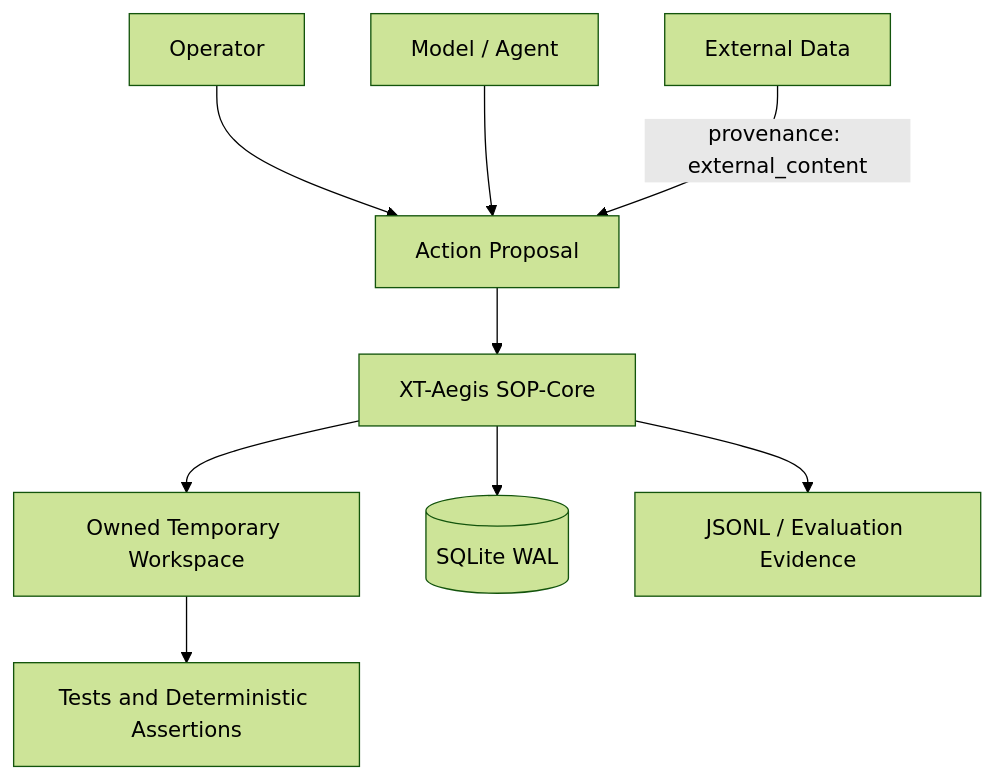
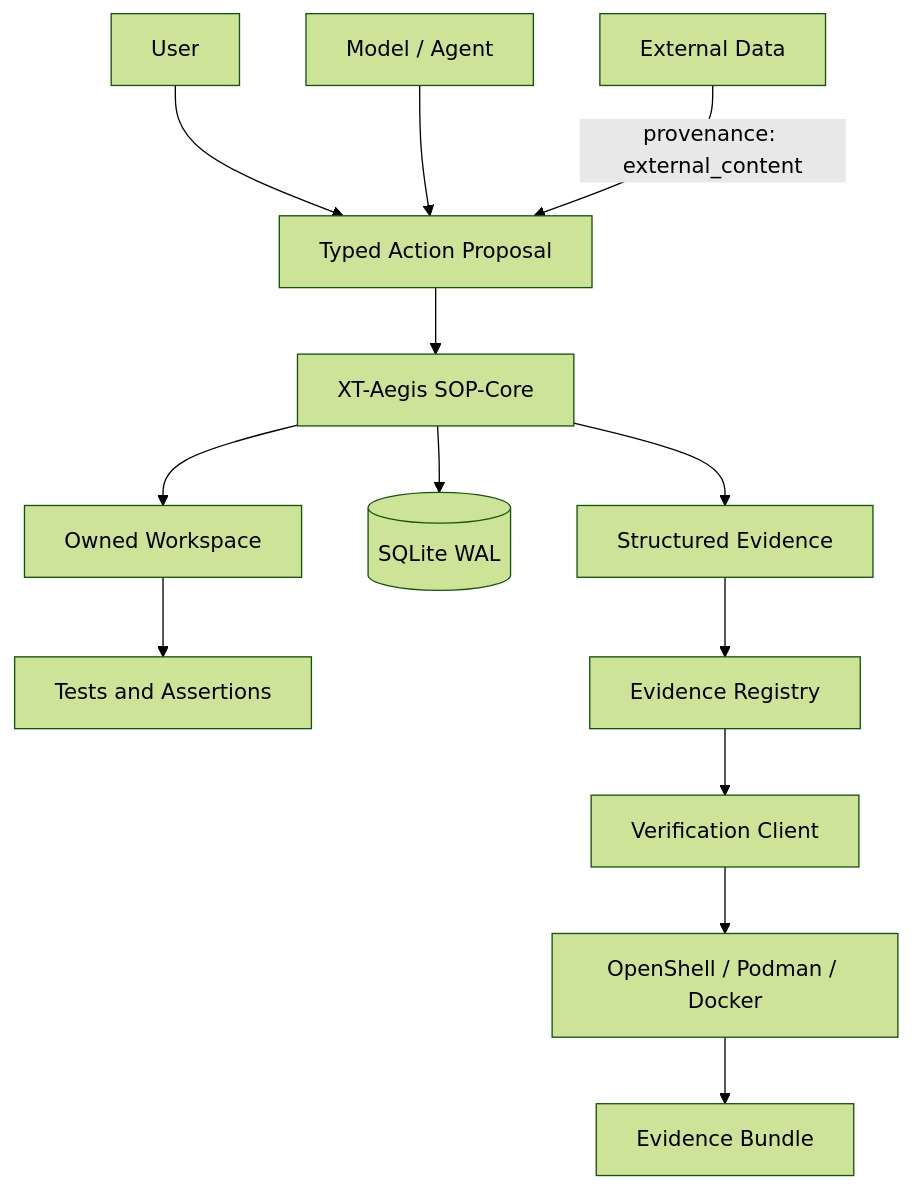
One commit to ed3c/XT-Aegis changed the first of 4 diagrams in docs/ARCHITECTURE.md. Above: the diagram before and after it, drawn with Mermaid (forest theme). The commit also changed other lines of this file and 66 other files, not shown here.

````diff
--- a/docs/ARCHITECTURE.md
+++ b/docs/ARCHITECTURE.md
@@ -19,11 +20,15 @@
 ```mermaid
 flowchart TB
-    O[Operator] --> AP[Action Proposal]
+    U[User] --> AP[Typed Action Proposal]
     M[Model / Agent] --> AP
     D[External Data] -->|provenance: external_content| AP
     AP --> XA[XT-Aegis SOP-Core]
-    XA --> W[Owned Temporary Workspace]
+    XA --> W[Owned Workspace]
     XA --> DB[(SQLite WAL)]
-    XA --> EV[JSONL / Evaluation Evidence]
-    W --> T[Tests and Deterministic Assertions]
+    XA --> EV[Structured Evidence]
+    W --> T[Tests and Assertions]
+    EV --> RG[Evidence Registry]
+    RG --> VC[Verification Client]
+    VC --> SB[OpenShell / Podman / Docker]
+    SB --> EB[Evidence Bundle]
 ```
````
